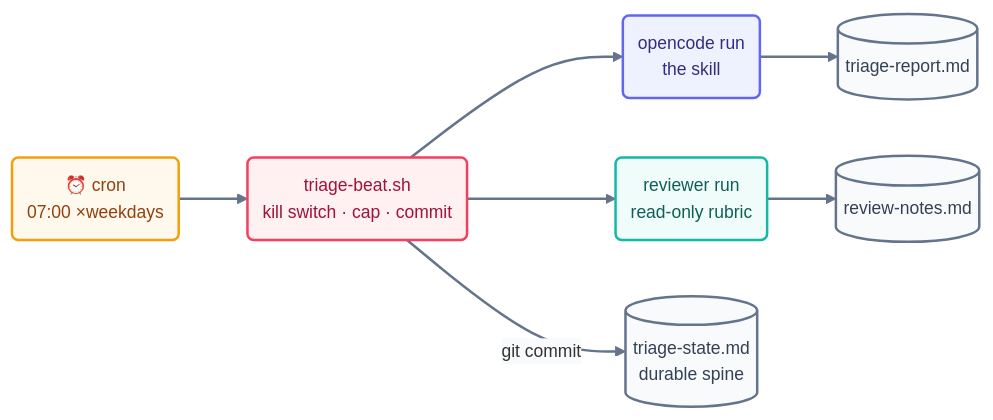
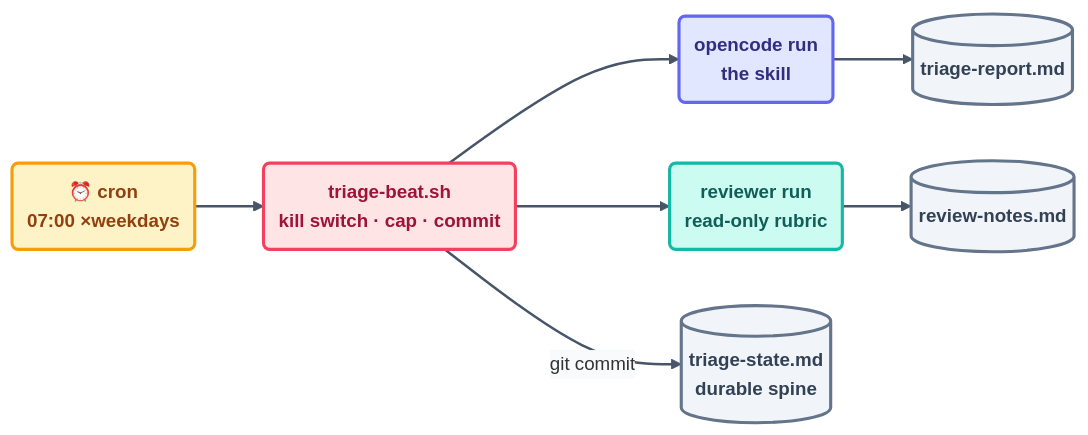
Before and after one commit to ayeshakhalid192007-dev/LoopEngineering-CrashCourse: the diagram in docs/07-part-5-complete-loop/13b-opencode-walkthrough.md, drawn with Mermaid. The commit also changed 66 other files, not shown here.

First line of the commit message:
docs(diagrams): visibly bolder pass — deeper fills, heavier strokes, semibold labels

````diff
--- a/docs/07-part-5-complete-loop/13b-opencode-walkthrough.md
+++ b/docs/07-part-5-complete-loop/13b-opencode-walkthrough.md
@@ -60,16 +60,16 @@
 ```mermaid
-%%{init: {'theme':'base','themeVariables':{'fontFamily':'ui-sans-serif, system-ui, sans-serif','fontSize':'14px','lineColor':'#64748b','edgeLabelBackground':'#f8fafc'},'flowchart':{'curve':'basis','nodeSpacing':45,'rankSpacing':55,'padding':12}}}%%
+%%{init: {'theme':'base','themeVariables':{'fontFamily':'ui-sans-serif, system-ui, sans-serif','fontSize':'15px','lineColor':'#475569','edgeLabelBackground':'#f8fafc'},'flowchart':{'curve':'basis','nodeSpacing':45,'rankSpacing':55,'padding':12}}}%%
 flowchart LR
     CRON("⏰ cron<br/>07:00 ×weekdays"):::time --> WR("triage-beat.sh<br/>kill switch · cap · commit"):::limit
     WR --> RUN("opencode run<br/>the skill"):::beat
     RUN --> REP[("triage-report.md")]:::file
     WR --> REV("reviewer run<br/>read-only rubric"):::check
     REV --> RN[("review-notes.md")]:::file
     WR -->|"git commit"| SP[("triage-state.md<br/>durable spine")]:::file
-    linkStyle default stroke:#64748b,stroke-width:2px;
-    classDef time fill:#fef9ec,stroke:#f59e0b,stroke-width:2px,color:#92400e;
-    classDef limit fill:#fff1f2,stroke:#f43f5e,stroke-width:2px,color:#9f1239;
-    classDef beat fill:#eef2ff,stroke:#6366f1,stroke-width:2px,color:#312e81;
-    classDef check fill:#effcf9,stroke:#14b8a6,stroke-width:2px,color:#115e59;
-    classDef file fill:#f8fafc,stroke:#64748b,stroke-width:2px,color:#334155;
+    linkStyle default stroke:#475569,stroke-width:2px;
+    classDef time fill:#fef3c7,stroke:#f59e0b,stroke-width:2.5px,color:#92400e,font-weight:600;
+    classDef limit fill:#ffe4e6,stroke:#f43f5e,stroke-width:2.5px,color:#9f1239,font-weight:600;
+    classDef beat fill:#e0e7ff,stroke:#6366f1,stroke-width:2.5px,color:#312e81,font-weight:600;
+    classDef check fill:#ccfbf1,stroke:#14b8a6,stroke-width:2.5px,color:#115e59,font-weight:600;
+    classDef file fill:#f1f5f9,stroke:#64748b,stroke-width:2.5px,color:#334155,font-weight:600;
 ```
````
